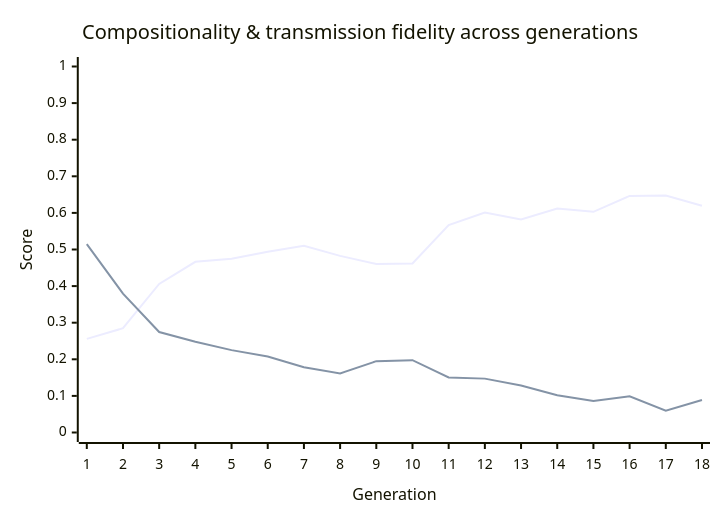
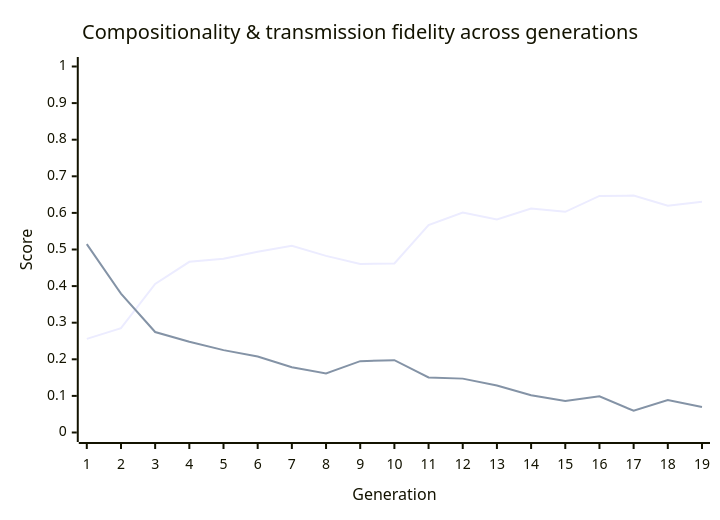
One commit to nichobbs/traditio changed the diagram in metrics/latest-report.md. Above: the diagram before and after it, drawn with Mermaid. The commit also changed other lines of this file and 1 other file, not shown here.

````diff
--- a/metrics/latest-report.md
+++ b/metrics/latest-report.md
@@ -40,8 +40,8 @@
 ```mermaid
 xychart-beta
     title "Compositionality & transmission fidelity across generations"
-    x-axis "Generation" [1, 2, 3, 4, 5, 6, 7, 8, 9, 10, 11, 12, 13, 14, 15, 16, 17, 18]
+    x-axis "Generation" [1, 2, 3, 4, 5, 6, 7, 8, 9, 10, 11, 12, 13, 14, 15, 16, 17, 18, 19]
     y-axis "Score" 0 --> 1
-    line "Compositionality" [0.2559, 0.2849, 0.4060, 0.4663, 0.4745, 0.4941, 0.5099, 0.4826, 0.4603, 0.4619, 0.5665, 0.6011, 0.5822, 0.6121, 0.6029, 0.6464, 0.6473, 0.6195]
-    line "Transmission Fidelity" [0.5148, 0.3796, 0.2746, 0.2481, 0.2251, 0.2074, 0.1785, 0.1615, 0.1949, 0.1977, 0.1504, 0.1472, 0.1286, 0.1016, 0.0861, 0.0987, 0.0594, 0.0888]
+    line "Compositionality" [0.2559, 0.2849, 0.4060, 0.4663, 0.4745, 0.4941, 0.5099, 0.4826, 0.4603, 0.4619, 0.5665, 0.6011, 0.5822, 0.6121, 0.6029, 0.6464, 0.6473, 0.6195, 0.6304]
+    line "Transmission Fidelity" [0.5148, 0.3796, 0.2746, 0.2481, 0.2251, 0.2074, 0.1785, 0.1615, 0.1949, 0.1977, 0.1504, 0.1472, 0.1286, 0.1016, 0.0861, 0.0987, 0.0594, 0.0888, 0.0697]
 ```
````
